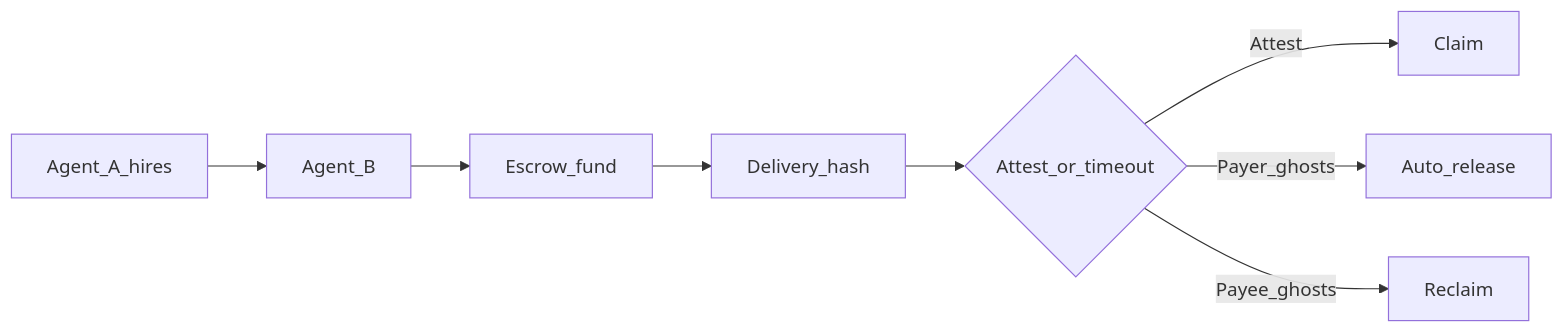
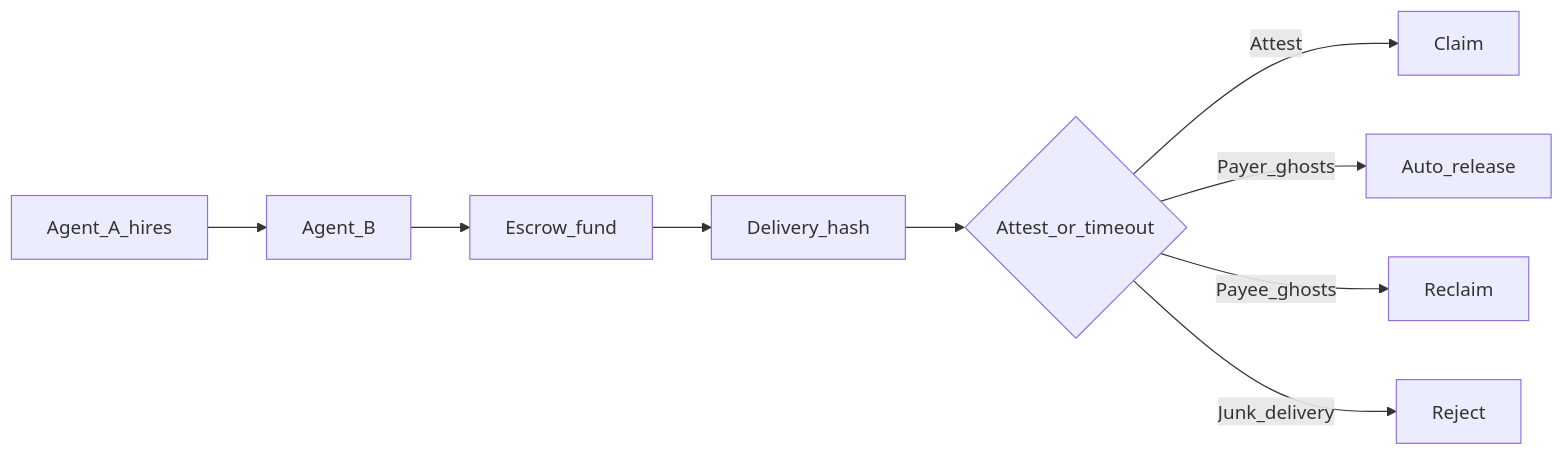
The diagram in skills/trusted-agent-settlement/SKILL.md (shery8595/Pharos-Settle), drawn with Mermaid before and after one commit. The commit also changed other lines of this file and 49 other files, not shown here.

First line of the commit message:
Add rejectDelivery junk protection and Atlantic v1.1.1 redeploy.

````diff
--- a/skills/trusted-agent-settlement/SKILL.md
+++ b/skills/trusted-agent-settlement/SKILL.md
@@ -75,10 +76,11 @@
 ```mermaid
 flowchart LR
   A[Agent_A_hires] --> B[Agent_B]
   B --> E[Escrow_fund]
   E --> D[Delivery_hash]
   D --> AT{Attest_or_timeout}
   AT -->|Attest| CL[Claim]
   AT -->|Payer_ghosts| AR[Auto_release]
   AT -->|Payee_ghosts| RC[Reclaim]
+  AT -->|Junk_delivery| RJ[Reject]
 ```
````
